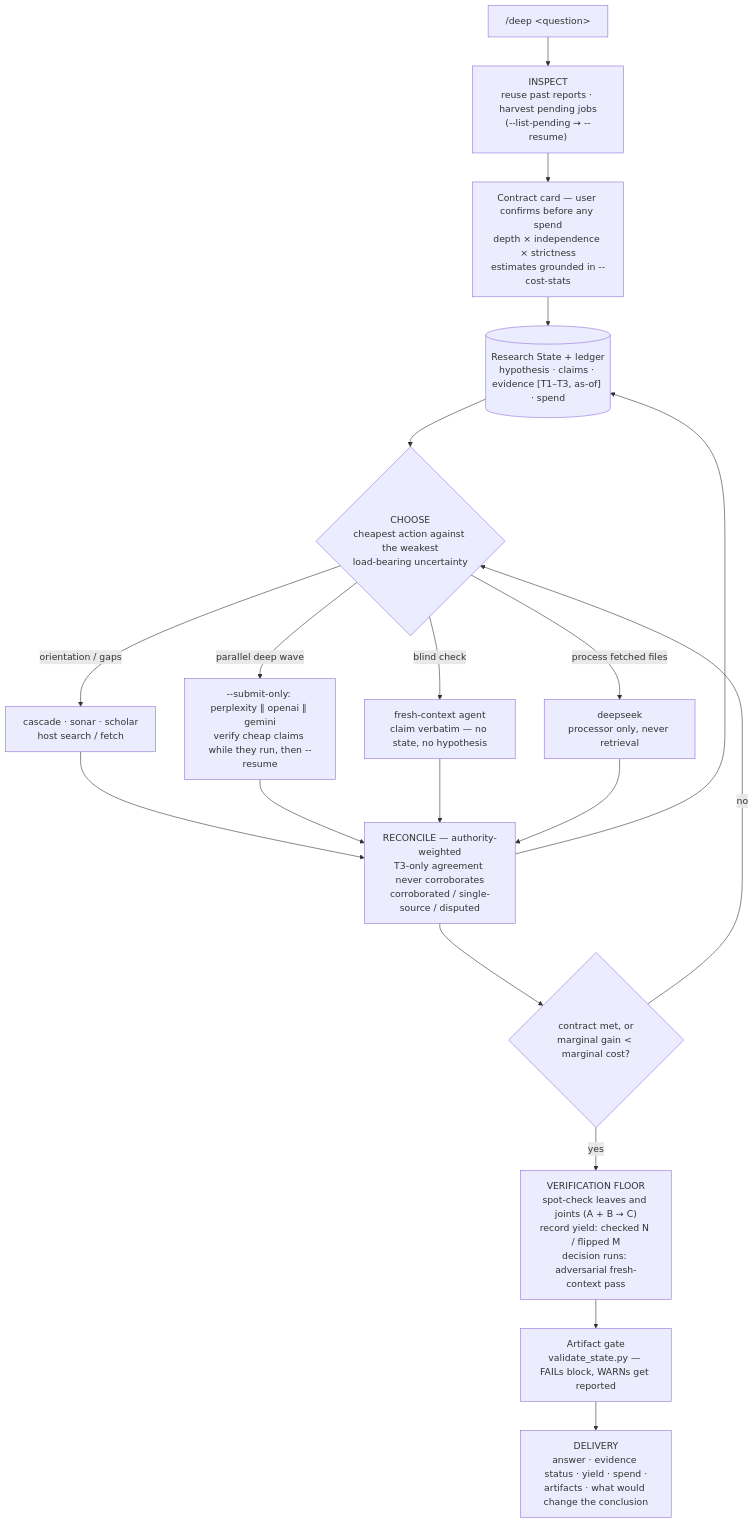
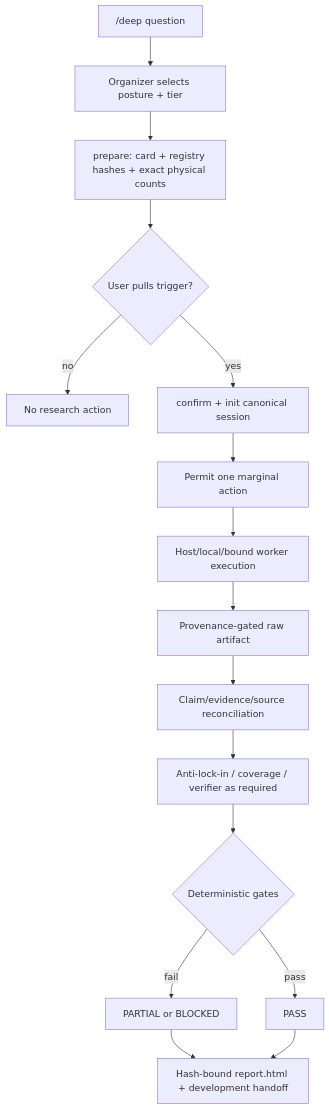
The diagram in README.md (jechiu16/claude-research-cascade), drawn with Mermaid before and after one commit. The commit also changed other lines of this file and 7 other files, not shown here.

````diff
--- a/README.md
+++ b/README.md
@@ -52,21 +45,18 @@
 ```mermaid
 flowchart TD
-    A["/deep &lt;question&gt;"] --> I["INSPECT<br/>reuse past reports · harvest pending jobs<br/>(--list-pending → --resume)"]
-    I --> B["Contract card — user confirms before any spend<br/>depth × independence × strictness<br/>estimates grounded in --cost-stats"]
-    B --> S[("Research State + ledger<br/>hypothesis · claims · evidence [T1–T3, as-of] · spend")]
-    S --> L{"CHOOSE<br/>cheapest action against the weakest<br/>load-bearing uncertainty"}
-    L -- "orientation / gaps" --> C1["cascade · sonar · scholar<br/>host search / fetch"]
-    L -- "parallel deep wave" --> C2["--submit-only: perplexity ∥ openai ∥ gemini<br/>verify cheap claims while they run, then --resume"]
-    L -- "blind check" --> C3["fresh-context agent<br/>claim verbatim — no state, no hypothesis"]
-    L -- "process fetched files" --> C4["deepseek<br/>processor only, never retrieval"]
-    C1 --> R
-    C2 --> R
-    C3 --> R
-    C4 --> R
-    R["RECONCILE — authority-weighted<br/>T3-only agreement never corroborates<br/>corroborated / single-source / disputed"] --> S
-    R --> T{"contract met, or<br/>marginal gain &lt; marginal cost?"}
-    T -- "no" --> L
-    T -- "yes" --> V["VERIFICATION FLOOR<br/>spot-check leaves and joints (A + B → C)<br/>record yield: checked N / flipped M<br/>decision runs: adversarial fresh-context pass"]
-    V --> G["Artifact gate<br/>validate_state.py — FAILs block, WARNs get reported"]
-    G --> D["DELIVERY<br/>answer · evidence status · yield · spend ·<br/>artifacts · what would change the conclusion"]
+    A["/deep question"] --> B["Organizer selects posture + tier"]
+    B --> C["prepare: card + registry hashes + exact physical counts"]
+    C --> D{"User pulls trigger?"}
+    D -- no --> X["No research action"]
+    D -- yes --> E["confirm + init canonical session"]
+    E --> F["Permit one marginal action"]
+    F --> G["Host/local/bound worker execution"]
+    G --> H["Provenance-gated raw artifact"]
+    H --> I["Claim/evidence/source reconciliation"]
+    I --> J["Anti-lock-in / coverage / verifier as required"]
+    J --> K{"Deterministic gates"}
+    K -- fail --> L["PARTIAL or BLOCKED"]
+    K -- pass --> M["PASS"]
+    L --> N["Hash-bound report.html + development handoff"]
+    M --> N
 ```
````
